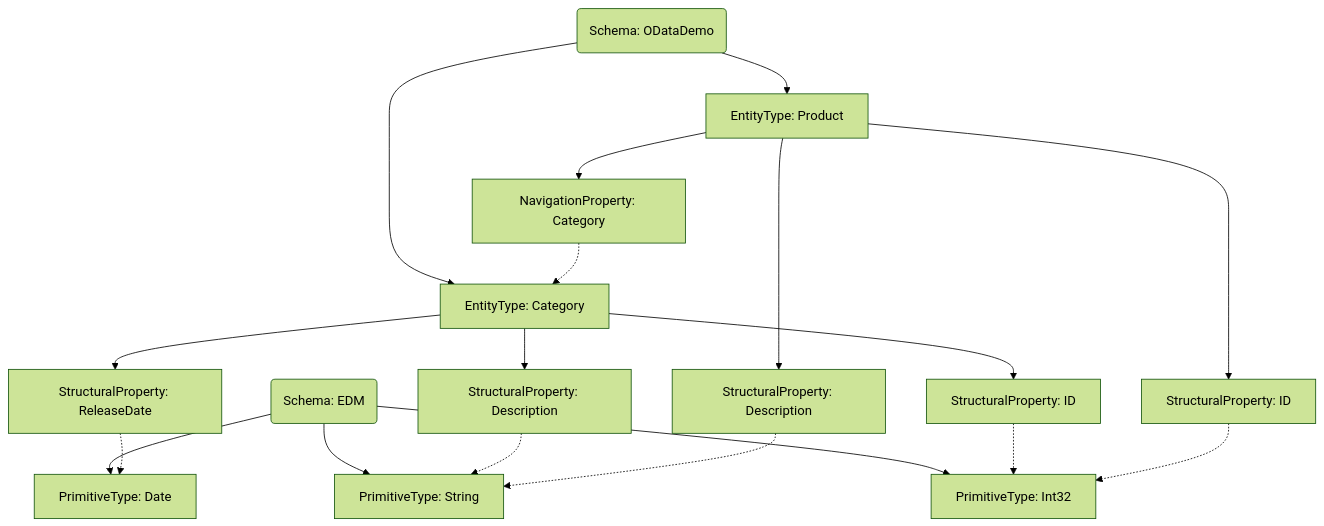
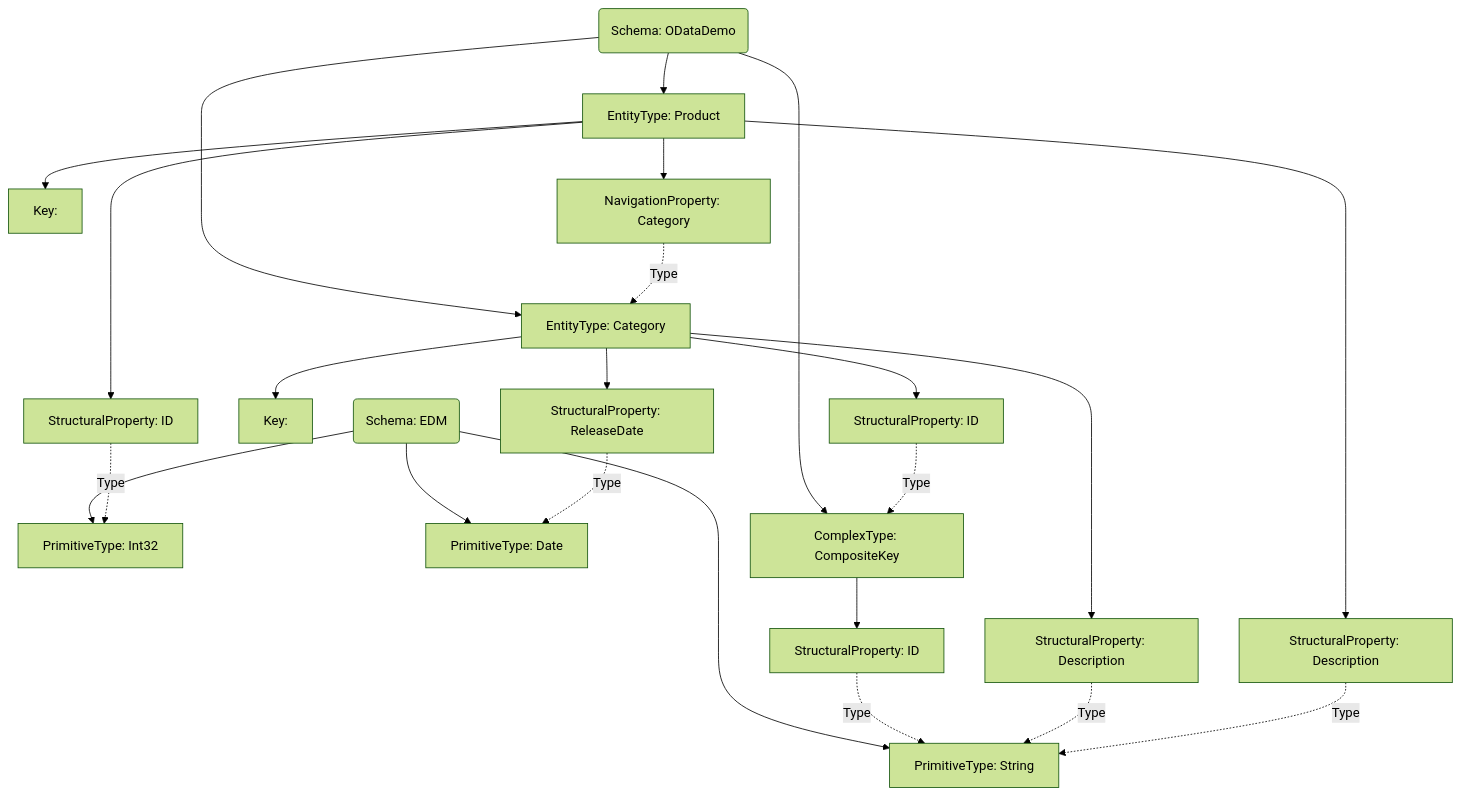
The diagram in src/generated/model.md (xtofs/mml), drawn with Mermaid (forest theme) before and after one commit. The commit also changed 8 other files, not shown here.

````diff
--- a/src/generated/model.md
+++ b/src/generated/model.md
@@ -1,34 +1,43 @@
 ```mermaid
     graph
 
     n0("Schema: EDM")
     n1["PrimitiveType: Int32"]
     n2["PrimitiveType: String"]
     n3["PrimitiveType: Date"]
     n4("Schema: ODataDemo")
-    n5["EntityType: Category"]
+    n5["ComplexType: CompositeKey"]
     n6["StructuralProperty: ID"]
-    n7["StructuralProperty: Description"]
-    n8["StructuralProperty: ReleaseDate"]
-    n9["EntityType: Product"]
-    n10["StructuralProperty: ID"]
-    n11["StructuralProperty: Description"]
-    n12["NavigationProperty: Category"]
+    n7["EntityType: Category"]
+    n8["Key: "]
+    n9["StructuralProperty: ID"]
+    n10["StructuralProperty: Description"]
+    n11["StructuralProperty: ReleaseDate"]
+    n12["EntityType: Product"]
+    n13["Key: "]
+    n14["StructuralProperty: ID"]
+    n15["StructuralProperty: Description"]
+    n16["NavigationProperty: Category"]
     n0-->n1
     n0-->n2
     n0-->n3
     n4-->n5
-    n4-->n9
+    n4-->n7
+    n4-->n12
     n5-->n6
-    n5-->n7
-    n5-->n8
-    n6-.->n1
-    n7-.->n2
-    n8-.->n3
-    n9-->n10
-    n9-->n11
-    n9-->n12
-    n10-.->n1
-    n11-.->n2
-    n12-.->n5
+    n6-.->|Type|n2
+    n7-->n8
+    n7-->n9
+    n7-->n10
+    n7-->n11
+    n9-.->|Type|n5
+    n10-.->|Type|n2
+    n11-.->|Type|n3
+    n12-->n13
+    n12-->n14
+    n12-->n15
+    n12-->n16
+    n14-.->|Type|n1
+    n15-.->|Type|n2
+    n16-.->|Type|n7
 ```
````
